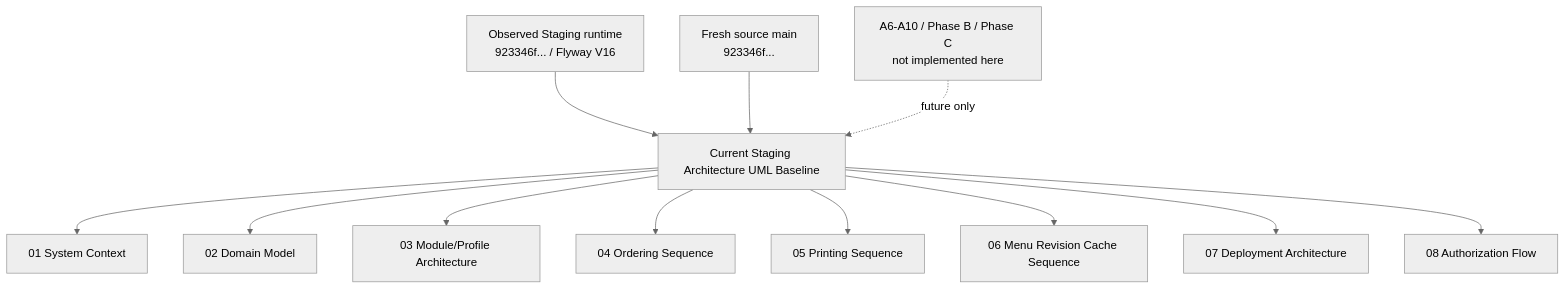
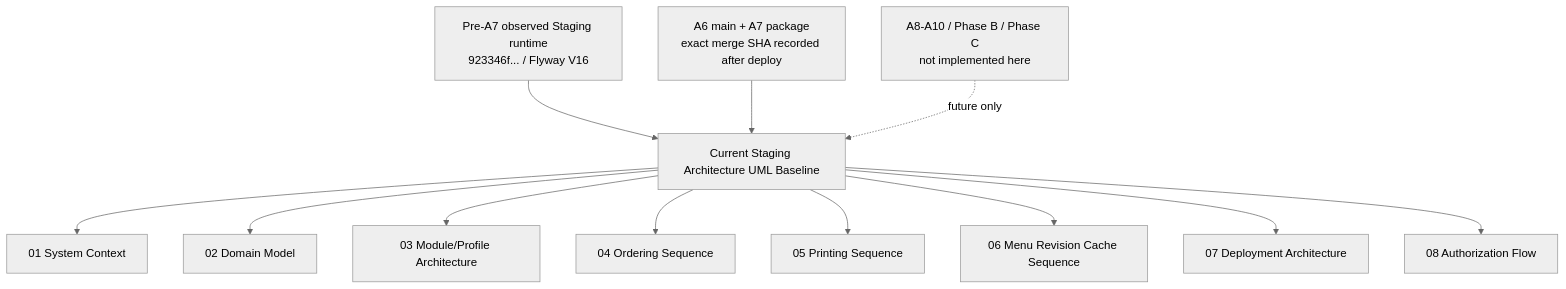
Before and after one commit to Z1linXu/Restaurant_System: the diagram in docs/architecture/current-staging/README.md, drawn with Mermaid (neutral theme). The commit also changed other lines of this file and 41 other files, not shown here.

````diff
--- a/docs/architecture/current-staging/README.md
+++ b/docs/architecture/current-staging/README.md
@@ -64,15 +69,15 @@
 ```mermaid
 flowchart TD
     baseline["Current Staging Architecture UML Baseline"] --> context["01 System Context"]
     baseline --> domain["02 Domain Model"]
     baseline --> modules["03 Module/Profile Architecture"]
     baseline --> ordering["04 Ordering Sequence"]
     baseline --> printing["05 Printing Sequence"]
     baseline --> cache["06 Menu Revision Cache Sequence"]
     baseline --> deployment["07 Deployment Architecture"]
     baseline --> auth["08 Authorization Flow"]
 
-    runtime["Observed Staging runtime<br/>923346f... / Flyway V16"] --> baseline
-    source["Fresh source main<br/>923346f..."] --> baseline
-    future["A6-A10 / Phase B / Phase C<br/>not implemented here"] -. "future only" .-> baseline
+    runtime["Pre-A7 observed Staging runtime<br/>923346f... / Flyway V16"] --> baseline
+    source["A6 main + A7 package<br/>exact merge SHA recorded after deploy"] --> baseline
+    future["A8-A10 / Phase B / Phase C<br/>not implemented here"] -. "future only" .-> baseline
 ```
````
